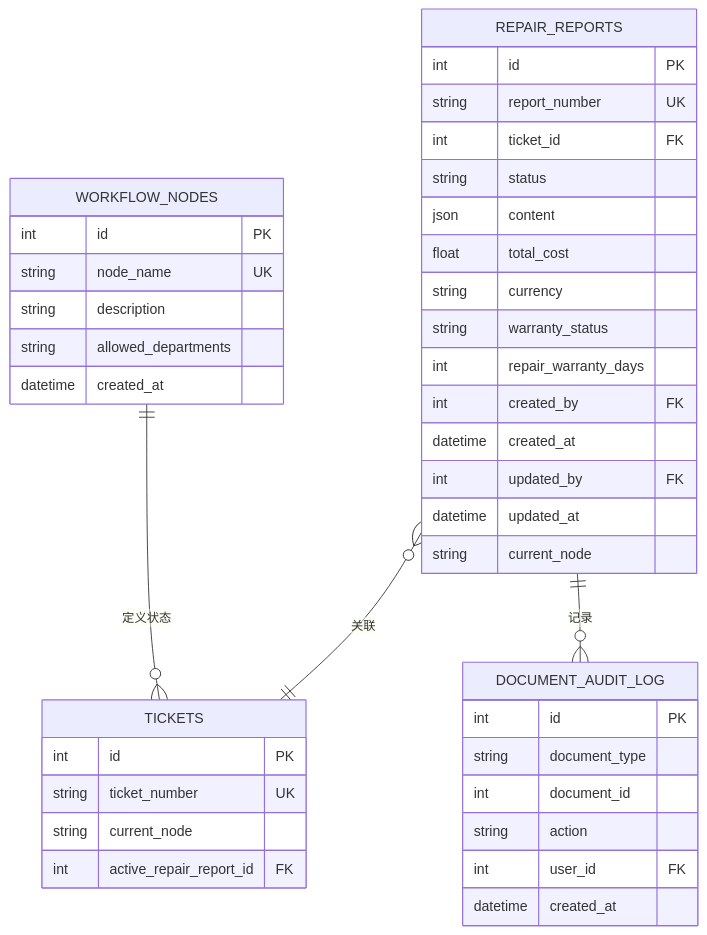
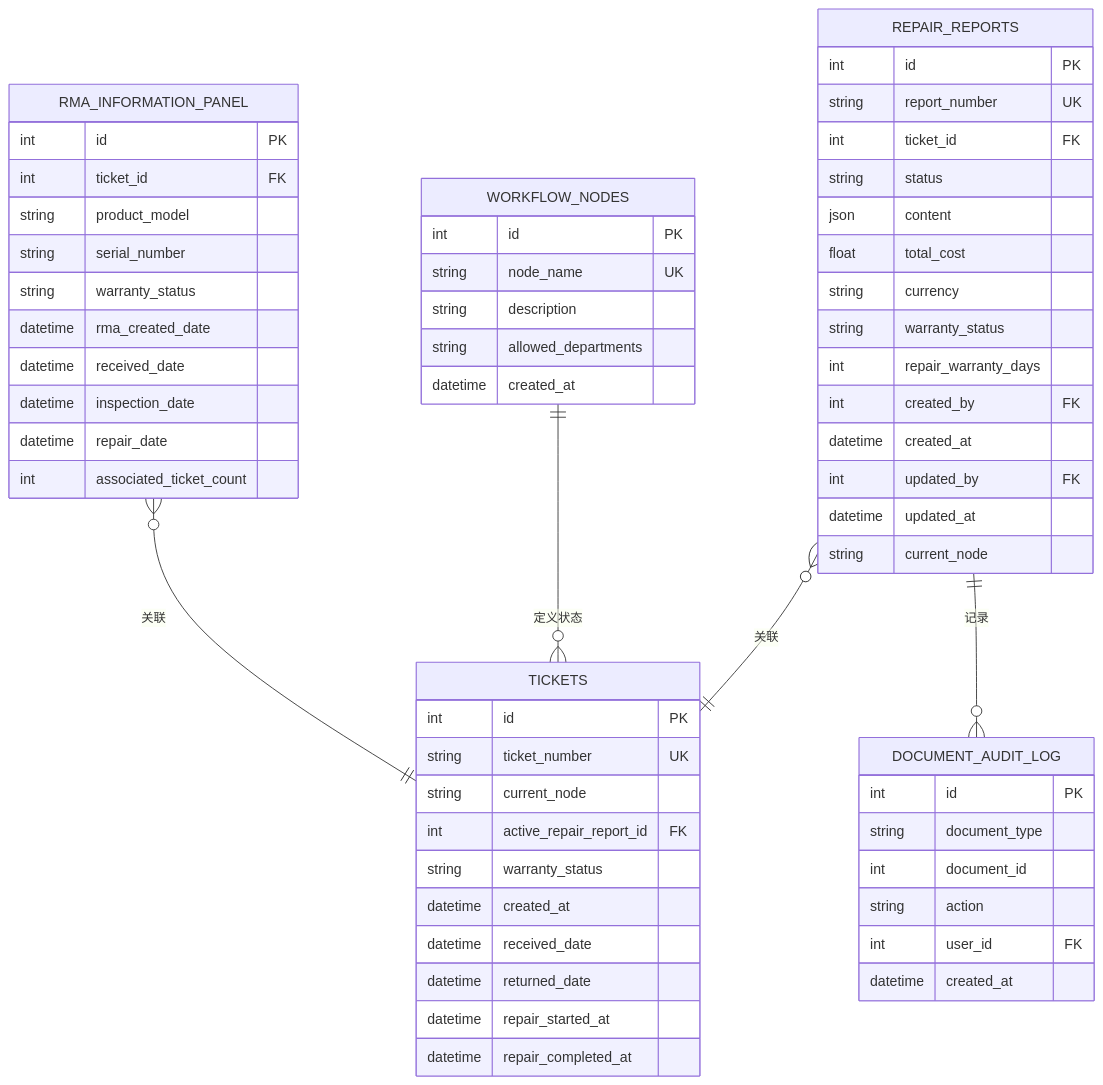
One commit to CubeEdge/Longhorn changed the fourth of 9 diagrams in .qoder/repowiki/zh/content/前端组件架构/服务工作流增强/运营维修报告编辑器.md. Above: the diagram before and after it, drawn with Mermaid. The commit also changed other lines of this file and 26 other files, not shown here.

````diff
--- a/.qoder/repowiki/zh/content/前端组件架构/服务工作流增强/运营维修报告编辑器.md
+++ b/.qoder/repowiki/zh/content/前端组件架构/服务工作流增强/运营维修报告编辑器.md
@@ -203,43 +228,62 @@
 ```mermaid
 erDiagram
 REPAIR_REPORTS {
 int id PK
 string report_number UK
 int ticket_id FK
 string status
 json content
 float total_cost
 string currency
 string warranty_status
 int repair_warranty_days
 int created_by FK
 datetime created_at
 int updated_by FK
 datetime updated_at
 string current_node
 }
 TICKETS {
 int id PK
 string ticket_number UK
 string current_node
 int active_repair_report_id FK
+string warranty_status
+datetime created_at
+datetime received_date
+datetime returned_date
+datetime repair_started_at
+datetime repair_completed_at
 }
 DOCUMENT_AUDIT_LOG {
 int id PK
 string document_type
 int document_id
 string action
 int user_id FK
 datetime created_at
 }
 WORKFLOW_NODES {
 int id PK
 string node_name UK
 string description
 string allowed_departments
 datetime created_at
 }
+RMA_INFORMATION_PANEL {
+int id PK
+int ticket_id FK
+string product_model
+string serial_number
+string warranty_status
+datetime rma_created_date
+datetime received_date
+datetime inspection_date
+datetime repair_date
+int associated_ticket_count
+}
 REPAIR_REPORTS }o--|| TICKETS : "关联"
 REPAIR_REPORTS ||--o{ DOCUMENT_AUDIT_LOG : "记录"
 WORKFLOW_NODES ||--o{ TICKETS : "定义状态"
+RMA_INFORMATION_PANEL }o--|| TICKETS : "关联"
 ```
````
